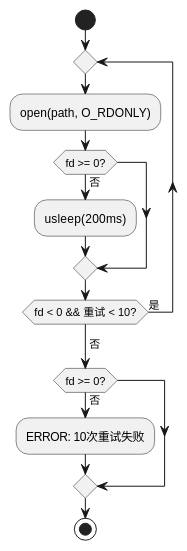
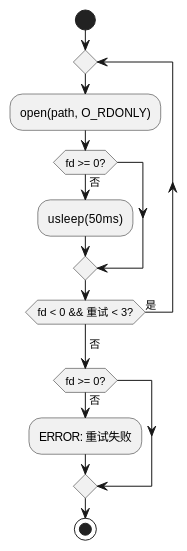
The ninth of 13 diagrams in 02-IO增强/02.02-HAL增强-lciod-hal.md (lechao365/AndroidSystemEnhance), drawn with PlantUML before and after one commit. The commit also changed other lines of this file and 28 other files, not shown here.

````diff
--- a/02-IO增强/02.02-HAL增强-lciod-hal.md
+++ b/02-IO增强/02.02-HAL增强-lciod-hal.md
@@ -383,16 +383,16 @@
 ```plantuml
 @startuml
 start
 repeat
   :open(path, O_RDONLY);
   if (fd >= 0?) then (否)
-    :usleep(200ms);
+    :usleep(50ms);
   endif
-repeat while (fd < 0 && 重试 < 10?) is (是)
+repeat while (fd < 0 && 重试 < 3?) is (是)
 ->否;
 if (fd >= 0?) then (否)
-  :ERROR: 10次重试失败;
+  :ERROR: 重试失败;
 endif
 stop
 @enduml
 ```
````
